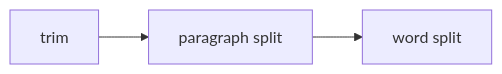
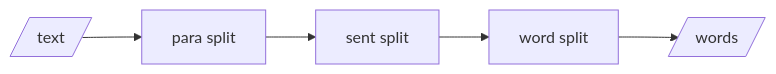
One commit to rlayers/pawpaw changed the second of 15 diagrams in docs/4. Arborform.md. Above: the diagram before and after it, drawn with Mermaid. The commit also changed other lines of this file, not shown here.

````diff
--- a/docs/4. Arborform.md
+++ b/docs/4. Arborform.md
@@ -25,5 +33,8 @@
 ```mermaid
 flowchart LR
-  trim --> psplit["paragraph split"]
-  psplit --> wsplit["word split"]
+  text[/text/]
+  text --> psplit["para split"]
+  psplit --> ssplit["sent split"]
+  ssplit --> wsplit["word split"]
+  wsplit --> words[/words/]
 ```
````
